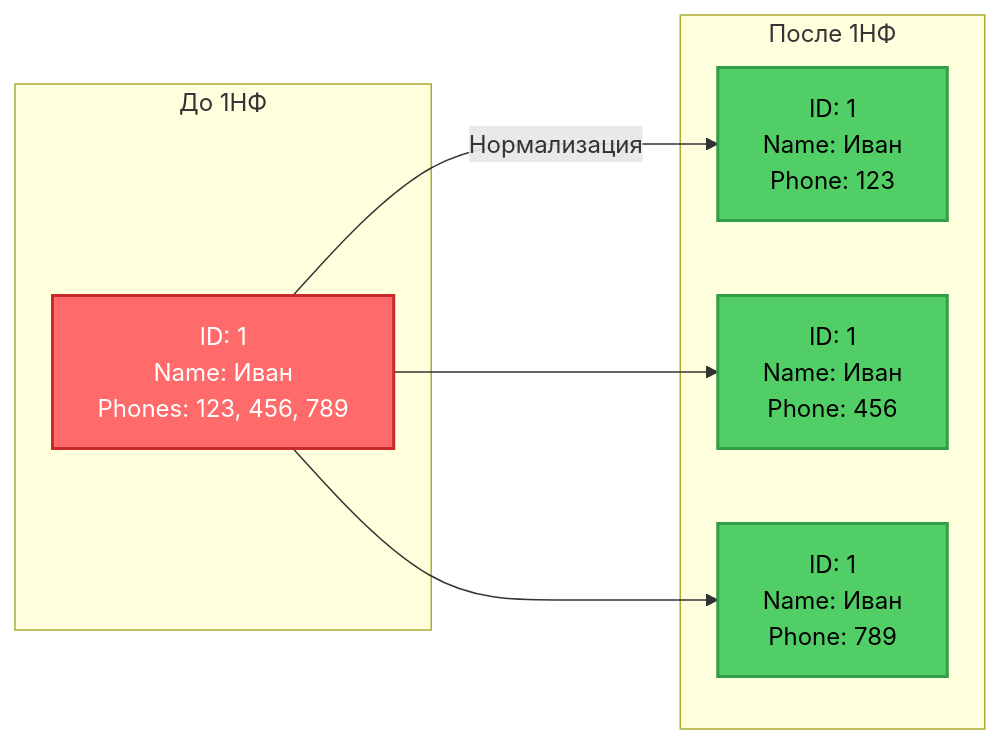
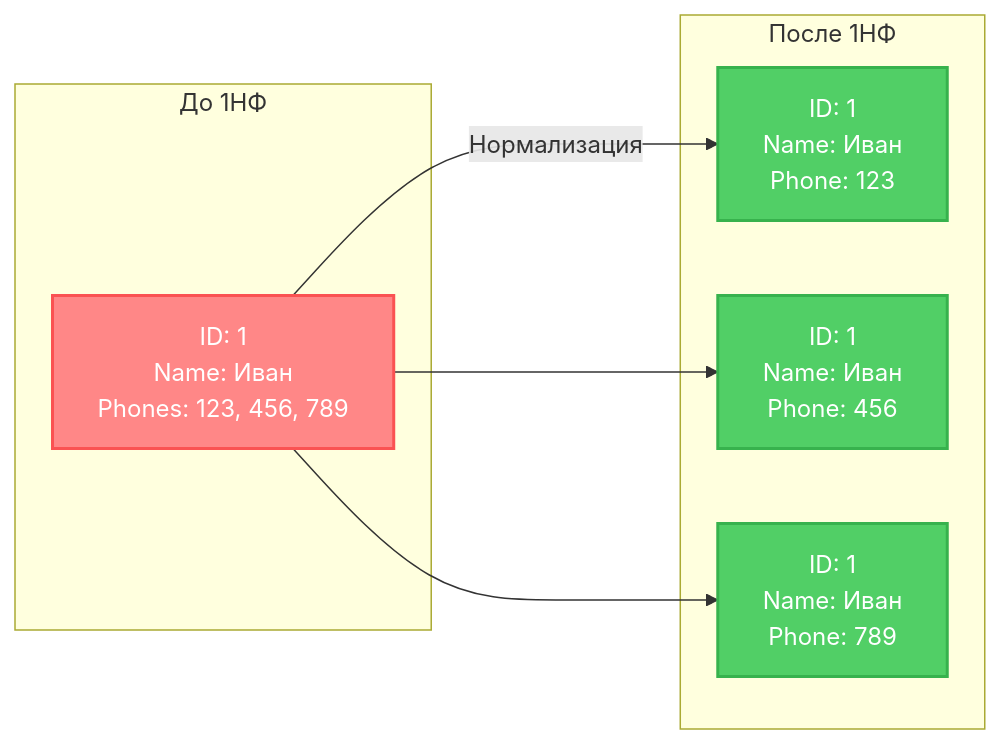
Before and after one commit to alx314vo/db_exam: the fifth of 23 diagrams in db_exam.md, drawn with Mermaid. The commit also changed other lines of this file, not shown here.

````diff
--- a/db_exam.md
+++ b/db_exam.md
@@ -292,21 +292,21 @@
 ```mermaid
 graph LR
     subgraph "До 1НФ"
         Before[ID: 1<br/>Name: Иван<br/>Phones: 123, 456, 789]
     end
     
     subgraph "После 1НФ"
         After1[ID: 1<br/>Name: Иван<br/>Phone: 123]
         After2[ID: 1<br/>Name: Иван<br/>Phone: 456]
         After3[ID: 1<br/>Name: Иван<br/>Phone: 789]
     end
     
     Before -->|Нормализация| After1
     Before --> After2
     Before --> After3
     
-    style Before fill:#ff6b6b,stroke:#c92a2a,stroke-width:2px,color:#fff
-    style After1 fill:#51cf66,stroke:#2f9e44,stroke-width:2px,color:#000
-    style After2 fill:#51cf66,stroke:#2f9e44,stroke-width:2px,color:#000
-    style After3 fill:#51cf66,stroke:#2f9e44,stroke-width:2px,color:#000
+    style Before fill:#ff8787,stroke:#fa5252,stroke-width:2px,color:#fff
+    style After1 fill:#51cf66,stroke:#37b24d,stroke-width:2px,color:#fff
+    style After2 fill:#51cf66,stroke:#37b24d,stroke-width:2px,color:#fff
+    style After3 fill:#51cf66,stroke:#37b24d,stroke-width:2px,color:#fff
 ```
````
